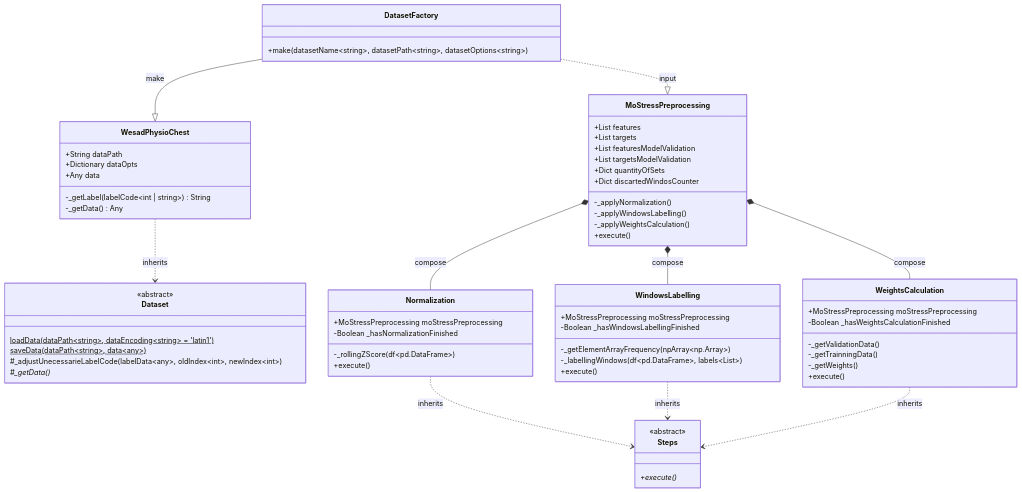
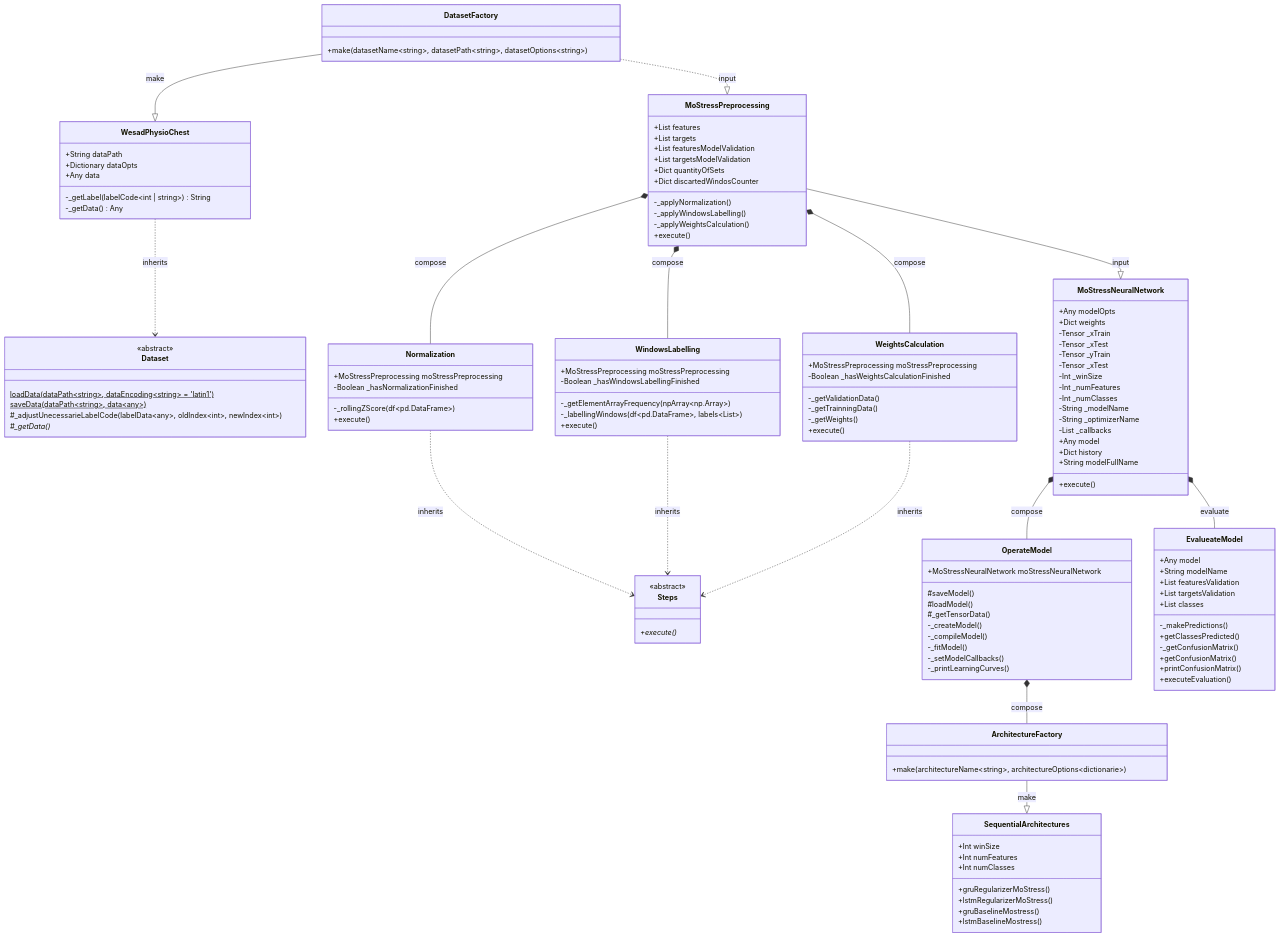
Before and after one commit to ramos-ai/MoStress: the diagram in README.md, drawn with Mermaid. The commit also changed other lines of this file and 12 other files, not shown here.

Commit message:
adding model evaluation

````diff
--- a/README.md
+++ b/README.md
@@ -138,8 +148,6 @@
     +execute()
   }
 
-  
-
   Normalization ..> Steps: inherits
   WindowsLabelling ..> Steps: inherits
   WeightsCalculation ..> Steps: inherits
@@ -153,5 +161,69 @@
   WesadPhysioChest ..> Dataset: inherits
   DatasetFactory --|> WesadPhysioChest: make
 
+  class ArchitectureFactory {
+    +make(architectureName~string~, architectureOptions~dictionarie~)
+  }
+  class SequentialArchitectures{
+    +Int winSize
+    +Int numFeatures
+    +Int numClasses
+
+    +gruRegularizerMoStress()
+    +lstmRegularizerMoStress()
+    +gruBaselineMostress()
+    +lstmBaselineMostress()
+  }
+  class OperateModel {
+    +MoStressNeuralNetwork moStressNeuralNetwork
+
+    #saveModel()
+    #loadModel()
+    #_getTensorData()
+    -_createModel()
+    -_compileModel()
+    -_fitModel()
+    -_setModelCallbacks()
+    -_printLearningCurves()
+  }
+  class EvalueateModel {
+    +Any model
+    +String modelName
+    +List featuresValidation
+    +List targetsValidation
+    +List classes
+
+    -_makePredictions()
+    +getClassesPredicted()
+    -_getConfusionMatrix()
+    +getConfusionMatrix()
+    +printConfusionMatrix()
+    +executeEvaluation()
+  }
+  class MoStressNeuralNetwork {
+    +Any modelOpts
+    +Dict weights
+    -Tensor _xTrain
+    -Tensor _xTest
+    -Tensor _yTrain
+    -Tensor _xTest
+    -Int _winSize
+    -Int _numFeatures
+    -Int _numClasses
+    -String _modelName
+    -String _optimizerName
+    -List _callbacks
+    +Any model
+    +Dict history
+    +String modelFullName
+
+    +execute()
+  }
+
+ArchitectureFactory --|> SequentialArchitectures:make
+OperateModel *-- ArchitectureFactory: compose
+MoStressNeuralNetwork *-- OperateModel: compose
+MoStressNeuralNetwork *-- EvalueateModel: evaluate
+MoStressPreprocessing --|> MoStressNeuralNetwork: input
 
 ```
````
